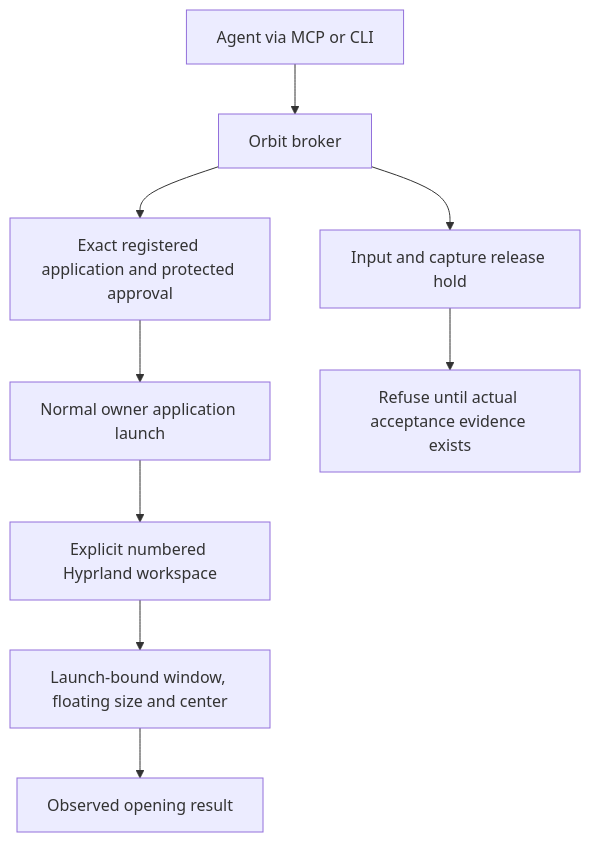
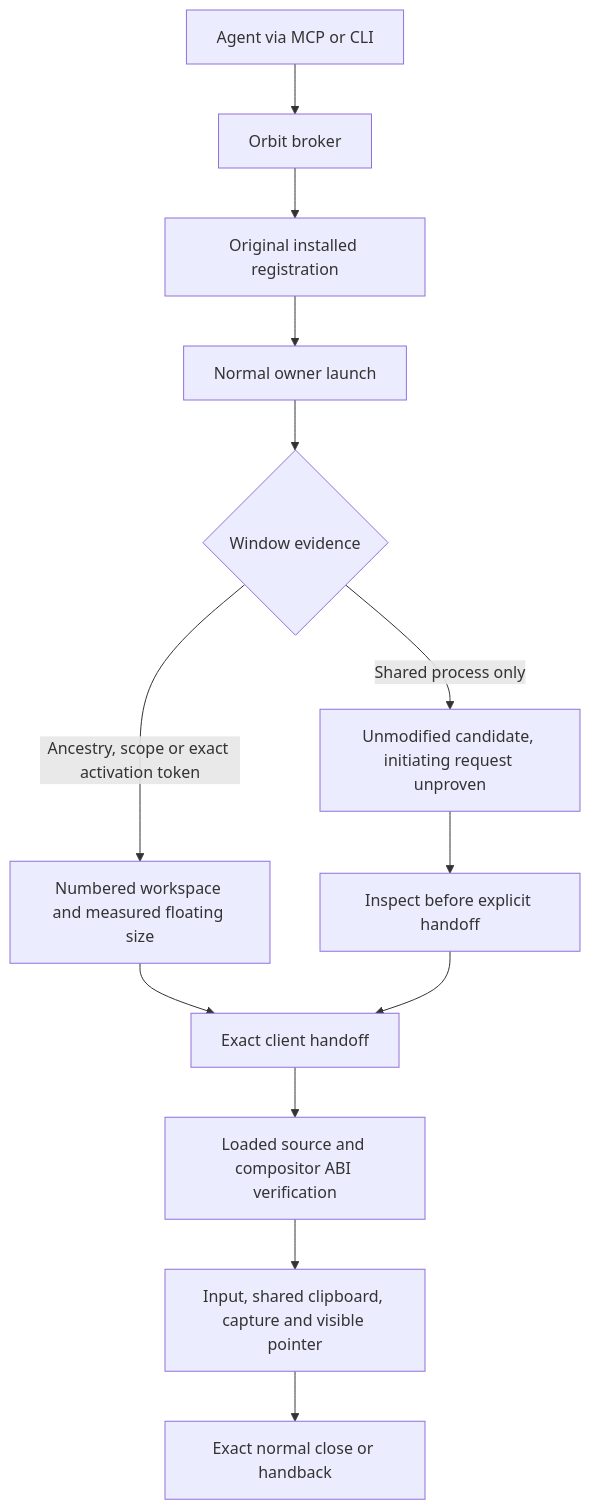
The diagram in docs/architecture.md (M7MMAD-OMAR/sbar-orbit), drawn with Mermaid before and after one commit. The commit also changed other lines of this file and 121 other files, not shown here.

Commit message:
Repair original native application control and visible workspace feedback

````diff
--- a/docs/architecture.md
+++ b/docs/architecture.md
@@ -41,11 +62,15 @@
 ```mermaid
 flowchart TD
     Agent[Agent via MCP or CLI] --> Broker[Orbit broker]
-    Broker --> Admission[Exact registered application and protected approval]
-    Admission --> Launch[Normal owner application launch]
-    Launch --> Workspace[Explicit numbered Hyprland workspace]
-    Workspace --> Measurement[Launch-bound window, floating size and center]
-    Measurement --> Reply[Observed opening result]
-    Broker --> Hold[Input and capture release hold]
-    Hold --> Refusal[Refuse until actual acceptance evidence exists]
+    Broker --> Registration[Original installed registration]
+    Registration --> Launch[Normal owner launch]
+    Launch --> Identity{Window evidence}
+    Identity -->|Ancestry, scope or exact activation token| Placement[Numbered workspace and measured floating size]
+    Identity -->|Shared process only| Candidate[Unmodified candidate, initiating request unproven]
+    Placement --> Handoff[Exact client handoff]
+    Candidate --> Inspection[Inspect before explicit handoff]
+    Inspection --> Handoff
+    Handoff --> Plugin[Loaded source and compositor ABI verification]
+    Plugin --> Actions[Input, shared clipboard, capture and visible pointer]
+    Actions --> Close[Exact normal close or handback]
 ```
````
